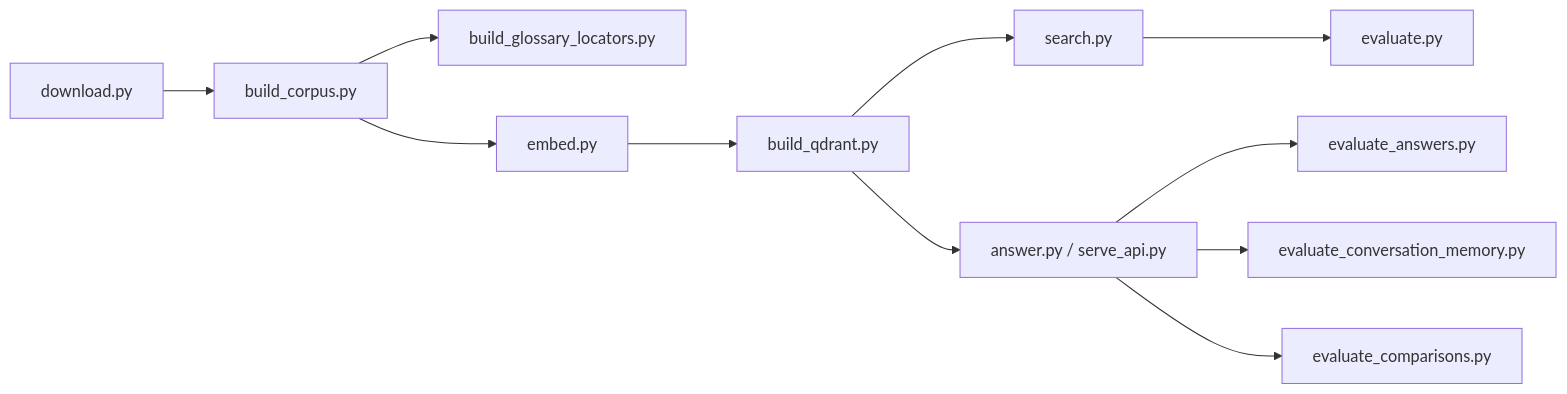
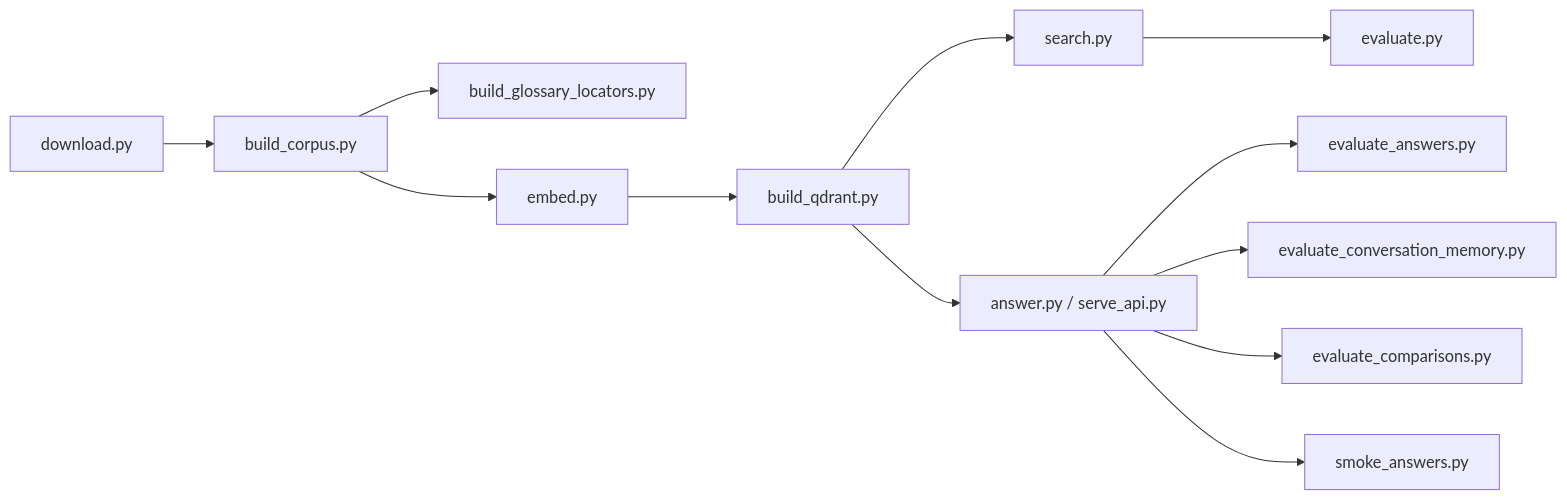
Before and after one commit to nikolabakic/Banking-Technology-and-Operational-Risk-Intelligence-Assistant: the diagram in scripts/README.md, drawn with Mermaid. The commit also changed other lines of this file and 34 other files, not shown here.

````diff
--- a/scripts/README.md
+++ b/scripts/README.md
@@ -8,13 +8,14 @@
 ```mermaid
 flowchart LR
     Download[download.py] --> Corpus[build_corpus.py]
     Corpus --> Glossary[build_glossary_locators.py]
     Corpus --> Embed[embed.py]
     Embed --> Qdrant[build_qdrant.py]
     Qdrant --> Search[search.py]
     Qdrant --> Answer[answer.py / serve_api.py]
     Search --> RetrievalEval[evaluate.py]
     Answer --> AnswerEval[evaluate_answers.py]
     Answer --> MemoryEval[evaluate_conversation_memory.py]
     Answer --> ComparisonEval[evaluate_comparisons.py]
+    Answer --> AppSmoke[smoke_answers.py]
 ```
````
